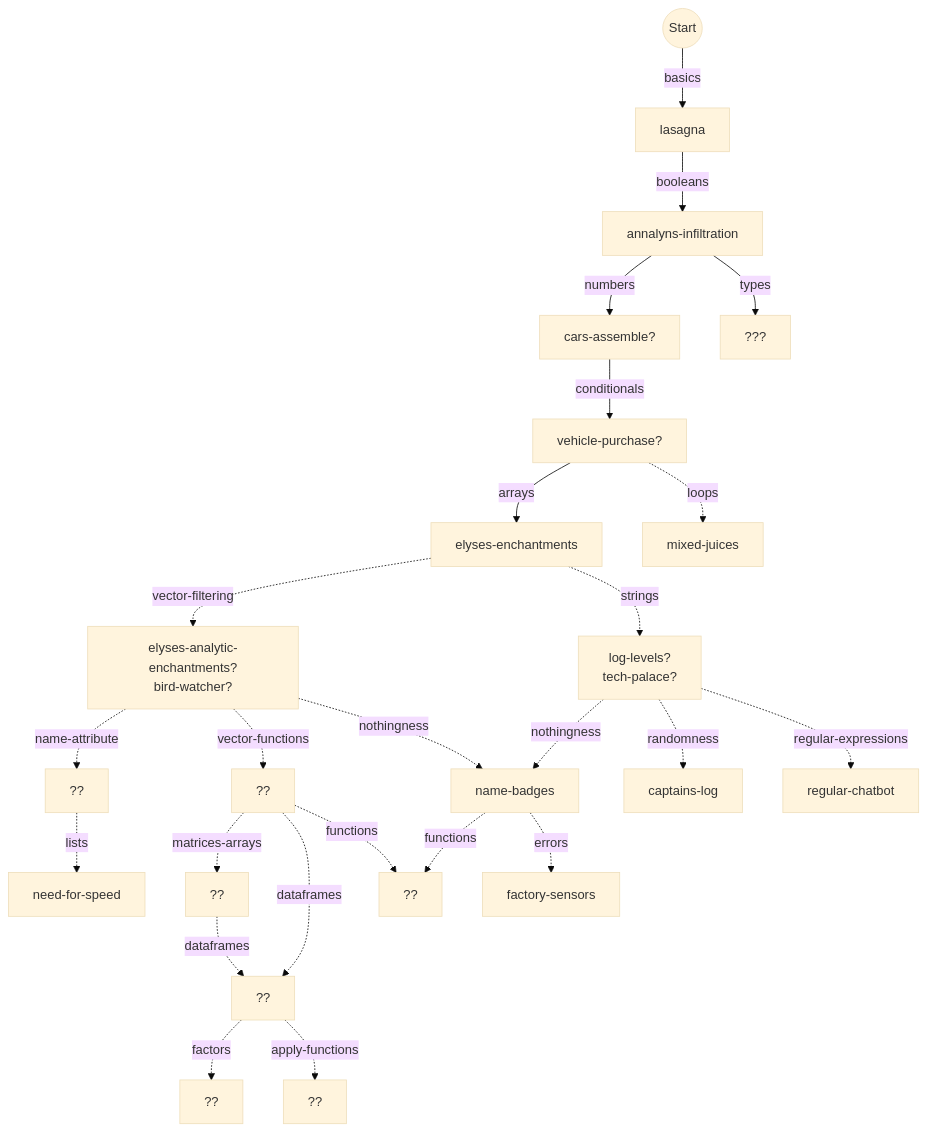
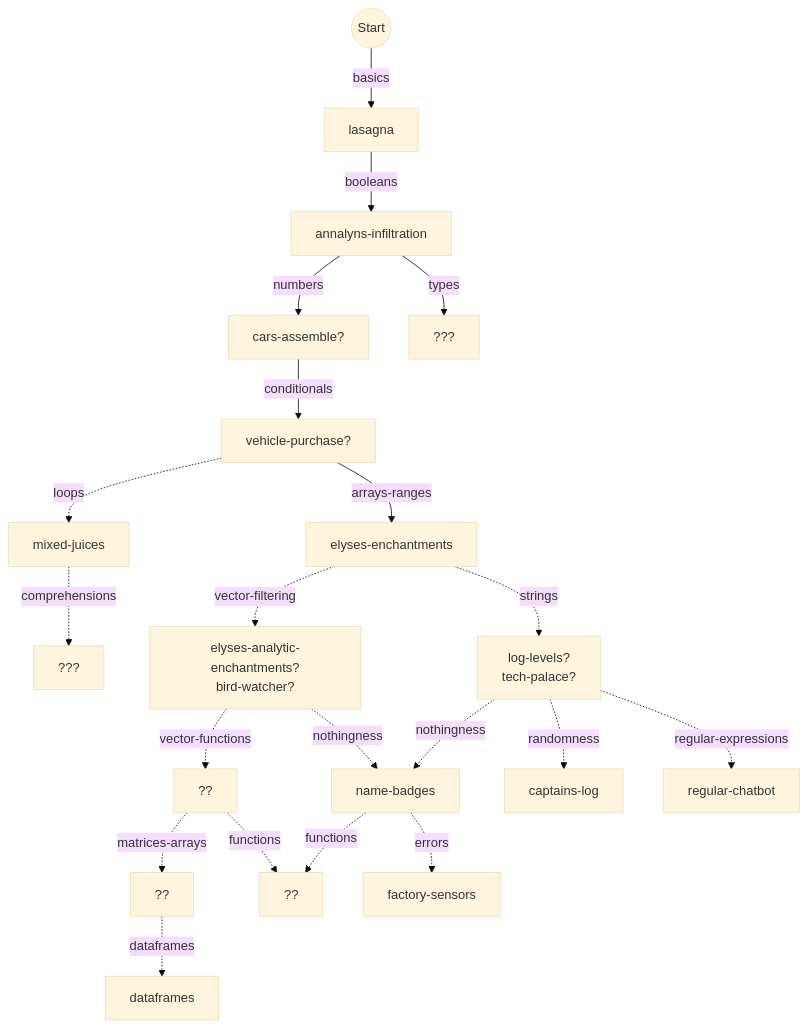
One commit to colinleach/learning-track-doodles changed the diagram in julia/flowchart.md. Above: the diagram before and after it, drawn with Mermaid (base theme).

Commit message:
a bit of flowchart cleanup (it's still rubbish)

````diff
--- a/julia/flowchart.md
+++ b/julia/flowchart.md
@@ -11,70 +11,73 @@
 ```mermaid
 graph TD
     
 start(("Start")) --basics--> basics["lasagna"]
 %% style basics fill:#0f0
 
 basics --booleans--> booleans["annalyns-infiltration"]
 %% style booleans fill:#0f0
 
 booleans --numbers--> numbers["cars-assemble?"]
 %% style numbers fill:#0f0
 
 booleans --types--> types["???"]
 %% style types fill:#0f0
 
 numbers --conditionals--> conditionals["vehicle-purchase?"]
 %% style conditionals fill:#0f0
 
-conditionals --arrays--> arrays["elyses-enchantments"]
+conditionals --arrays-ranges--> arrays-ranges["elyses-enchantments"]
 %% style arrays stroke:#0f0
 
 conditionals -.loops.-> loops["mixed-juices"]
 %% style loops stroke:#0f0
 
-name-attribute -.lists.-> lists["need-for-speed"]
+loops -.comprehensions.-> comprehensions["???"]
+%% style comprehensions stroke:#0f0
 
-arrays -.vector-filtering.-> vector-filtering["elyses-analytic-enchantments?<br/>bird-watcher?"]
+%% name-attribute -.lists.-> lists["need-for-speed"]
+
+arrays-ranges -.vector-filtering.-> vector-filtering["elyses-analytic-enchantments?<br/>bird-watcher?"]
 %% style vector-filtering stroke:#0f0
 
-vector-filtering -.name-attribute.-> name-attribute["??"]
+%% vector-filtering -.name-attribute.-> name-attribute["??"]
 %% style name-attribute fill:#f00,color:#fff
 
 vector-filtering -.vector-functions.-> vector-functions["??"]
 %% style vector-functions stroke:#f00
 
 vector-filtering -.nothingness.-> nothingness["name-badges"]
 %% style vector-filtering stroke:#0f0
 
-arrays -.strings.-> strings["log-levels?<br/>tech-palace?"]
+arrays-ranges -.strings.-> strings["log-levels?<br/>tech-palace?"]
 %% style strings stroke:#0f0
 
 strings -.nothingness.-> nothingness["name-badges"]
 %% style nothingness stroke:#0f0
 
 strings -.randomness.-> randomness["captains-log"]
 %% style randomness stroke:#0f0
 
 strings -.regular-expressions.-> regular-expressions["regular-chatbot"]
 
 vector-functions -.matrices-arrays.-> matrices-arrays["??"]
 %% style matrices-arrays fill:#f00,color:#fff
 
 %% style apply-functions fill:#f00,color:#fff
 
-vector-functions -.dataframes.-> dataframes["??"]
+%% vector-functions -.dataframes.-> dataframes["??"]
 %% style dataframes fill:#f00,color:#fff
 
 matrices-arrays -.dataframes.-> dataframes
-dataframes -.factors.-> factors["??"]
+%% dataframes -.factors.-> factors["??"]
 %% style factors fill:#f00,color:#fff
 
-dataframes -.apply-functions.-> apply-functions["??"]
+%% dataframes -.apply-functions.-> apply-functions["??"]
 
 vector-functions -.functions.-> functions["??"]
 nothingness -.functions.-> functions["??"]
 %% style functions fill:#f00,color:#fff
 
 nothingness -.errors.-> errors["factory-sensors "]
 
 ```
````
